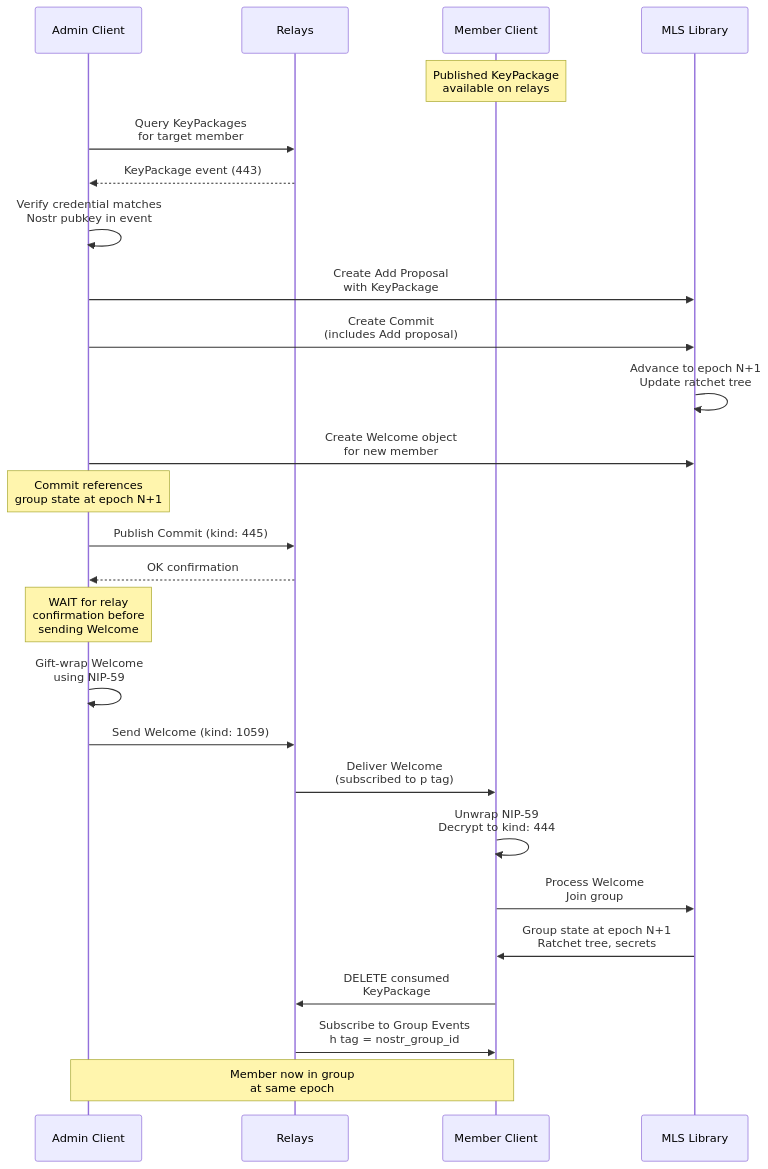
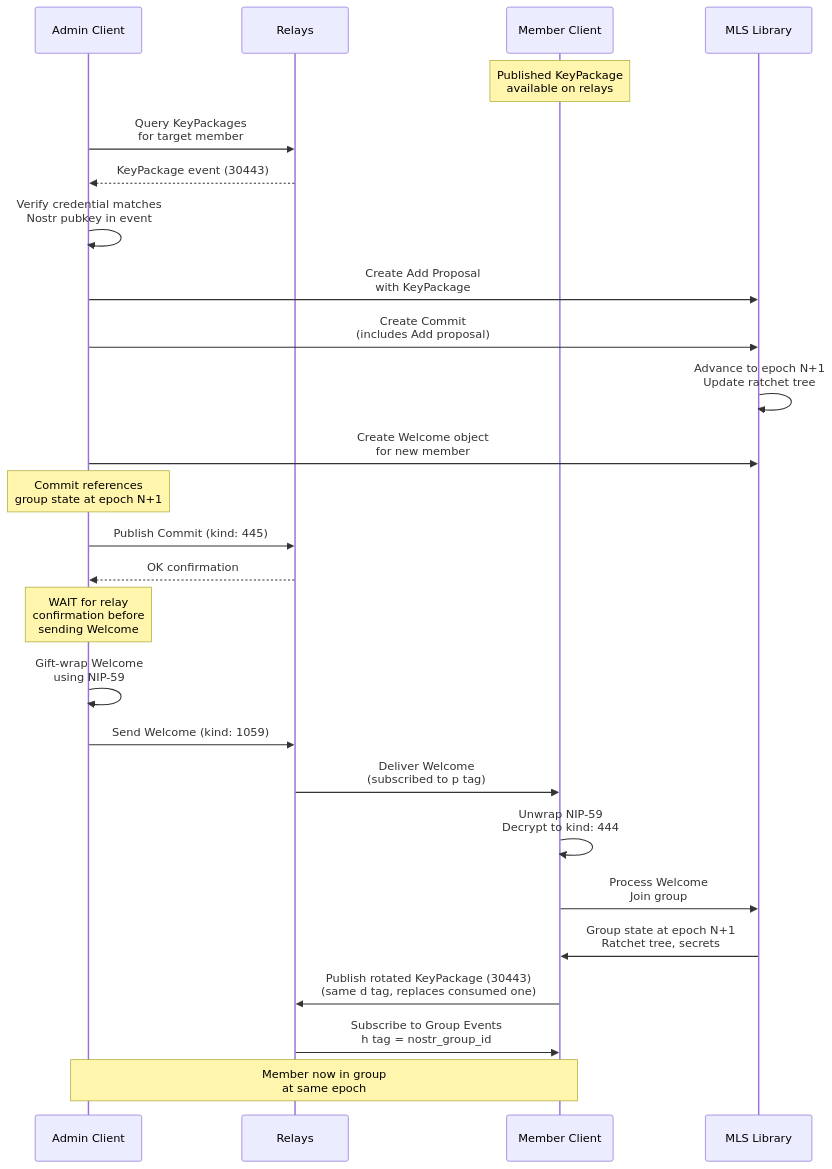
Before and after one commit to hzrd149/marmot: the third of 10 diagrams in data_flows.md, drawn with Mermaid. The commit also changed other lines of this file and 7 other files, not shown here.

First line of the commit message:
feat(mip-00): migrate KeyPackage events to addressable kind:30443 with d tag (#54)

````diff
--- a/data_flows.md
+++ b/data_flows.md
@@ -156,47 +156,47 @@
 ```mermaid
 sequenceDiagram
     participant A as Admin Client
     participant R as Relays
     participant M as Member Client
     participant MLS as MLS Library
 
     Note over M: Published KeyPackage<br/>available on relays
 
     A->>R: Query KeyPackages<br/>for target member
-    R-->>A: KeyPackage event (443)
+    R-->>A: KeyPackage event (30443)
 
     A->>A: Verify credential matches<br/>Nostr pubkey in event
 
     A->>MLS: Create Add Proposal<br/>with KeyPackage
 
     A->>MLS: Create Commit<br/>(includes Add proposal)
 
     MLS->>MLS: Advance to epoch N+1<br/>Update ratchet tree
 
     A->>MLS: Create Welcome object<br/>for new member
 
     Note over A: Commit references<br/>group state at epoch N+1
 
     A->>R: Publish Commit (kind: 445)
     R-->>A: OK confirmation
 
     Note over A: WAIT for relay<br/>confirmation before<br/>sending Welcome
 
     A->>A: Gift-wrap Welcome<br/>using NIP-59
 
     A->>R: Send Welcome (kind: 1059)
 
     R->>M: Deliver Welcome<br/>(subscribed to p tag)
 
     M->>M: Unwrap NIP-59<br/>Decrypt to kind: 444
 
     M->>MLS: Process Welcome<br/>Join group
 
     MLS->>M: Group state at epoch N+1<br/>Ratchet tree, secrets
 
-    M->>R: DELETE consumed<br/>KeyPackage
+    M->>R: Publish rotated KeyPackage (30443)<br/>(same d tag, replaces consumed one)
 
     R->>M: Subscribe to Group Events<br/>h tag = nostr_group_id
 
     Note over A,M: Member now in group<br/>at same epoch
 ```
````
